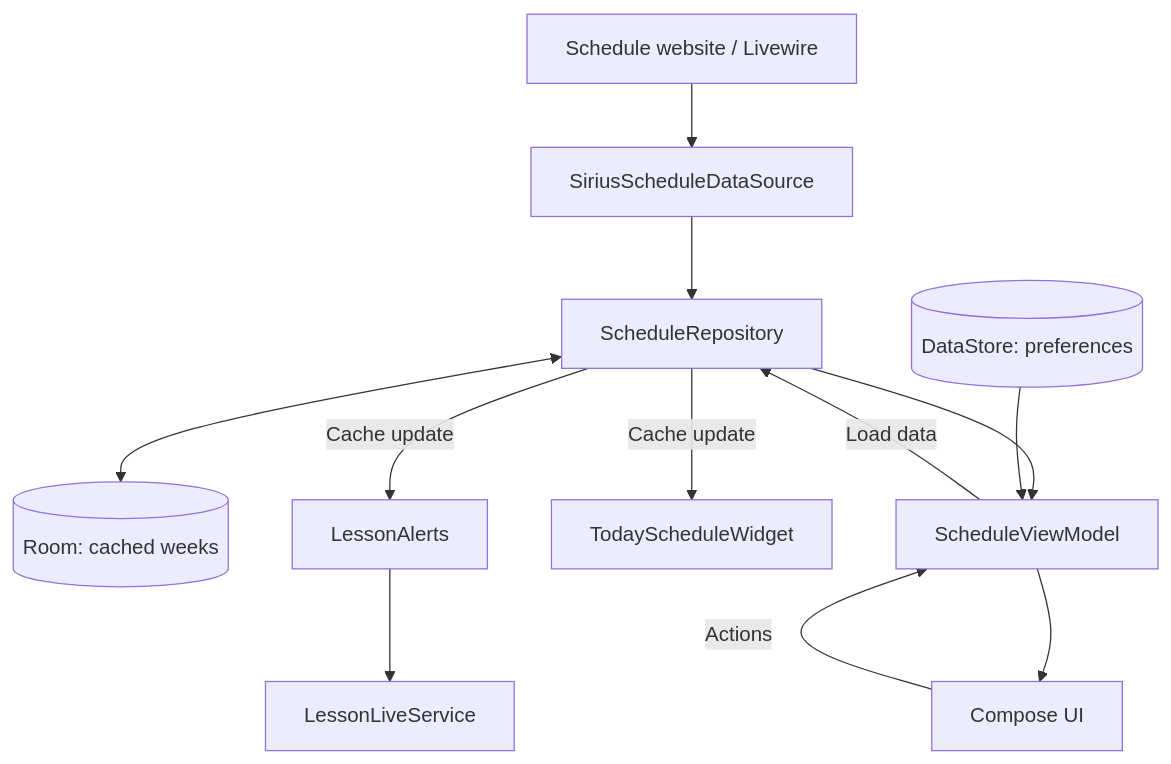
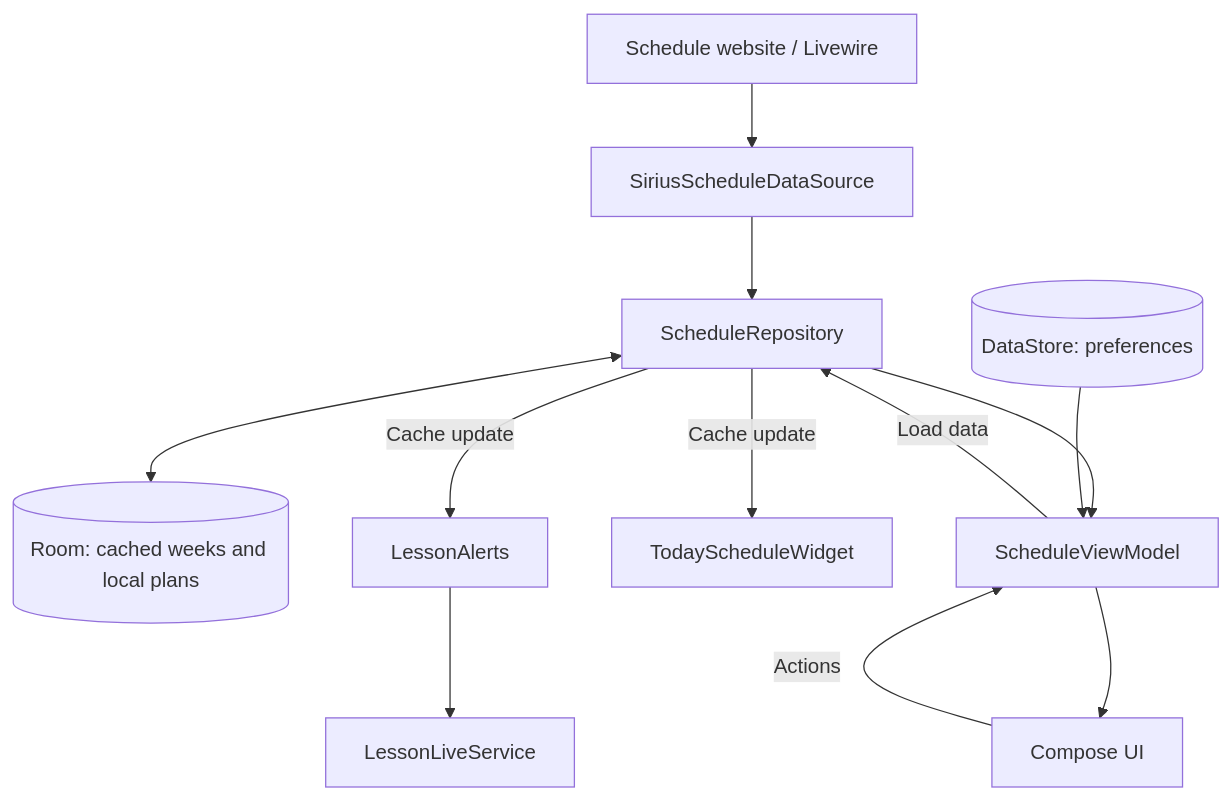
Before and after one commit to neckmnull/Lecturial-2: the diagram in docs/ARCHITECTURE.md, drawn with Mermaid. The commit also changed other lines of this file and 30 other files, not shown here.

````diff
--- a/docs/ARCHITECTURE.md
+++ b/docs/ARCHITECTURE.md
@@ -7,14 +7,14 @@
 ```mermaid
 flowchart TD
     Site[Schedule website / Livewire] --> Network[SiriusScheduleDataSource]
     Network --> Repository[ScheduleRepository]
-    Repository <--> Room[(Room: cached weeks)]
+    Repository <--> Room[(Room: cached weeks and local plans)]
     Repository --> VM[ScheduleViewModel]
     Preferences[(DataStore: preferences)] --> VM
     VM --> UI[Compose UI]
     UI -->|Actions| VM
     VM -->|Load data| Repository
     Repository -->|Cache update| Widget[TodayScheduleWidget]
     Repository -->|Cache update| Alerts[LessonAlerts]
     Alerts --> Service[LessonLiveService]
 ```
````
